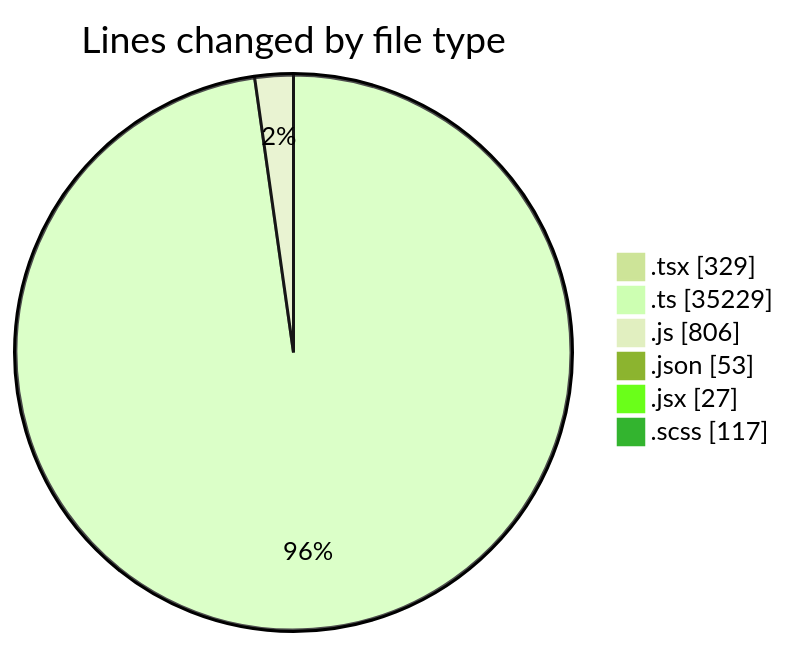
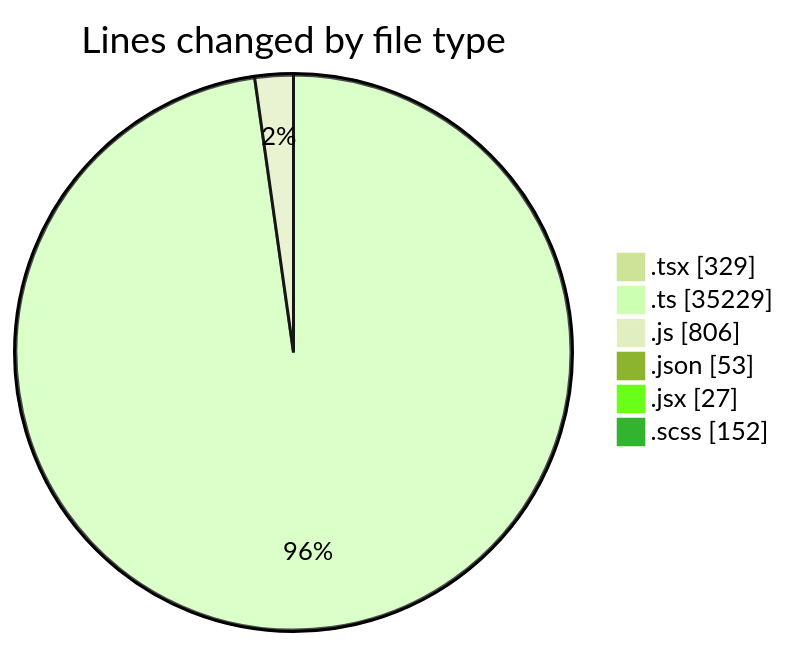
Before and after one commit to momahboobian/code-tracking: the first of 2 diagrams in 2025-12-17/cda/README.md, drawn with Mermaid (forest theme). The commit also changed other lines of this file and 1 other file, not shown here.

````diff
--- a/2025-12-17/cda/README.md
+++ b/2025-12-17/cda/README.md
@@ -43,10 +43,10 @@
 ```mermaid
 pie showData
 title Lines changed by file type
 ".tsx" : 329
 ".ts" : 35229
 ".js" : 806
 ".json" : 53
 ".jsx" : 27
-".scss" : 117
+".scss" : 152
 ```
````
